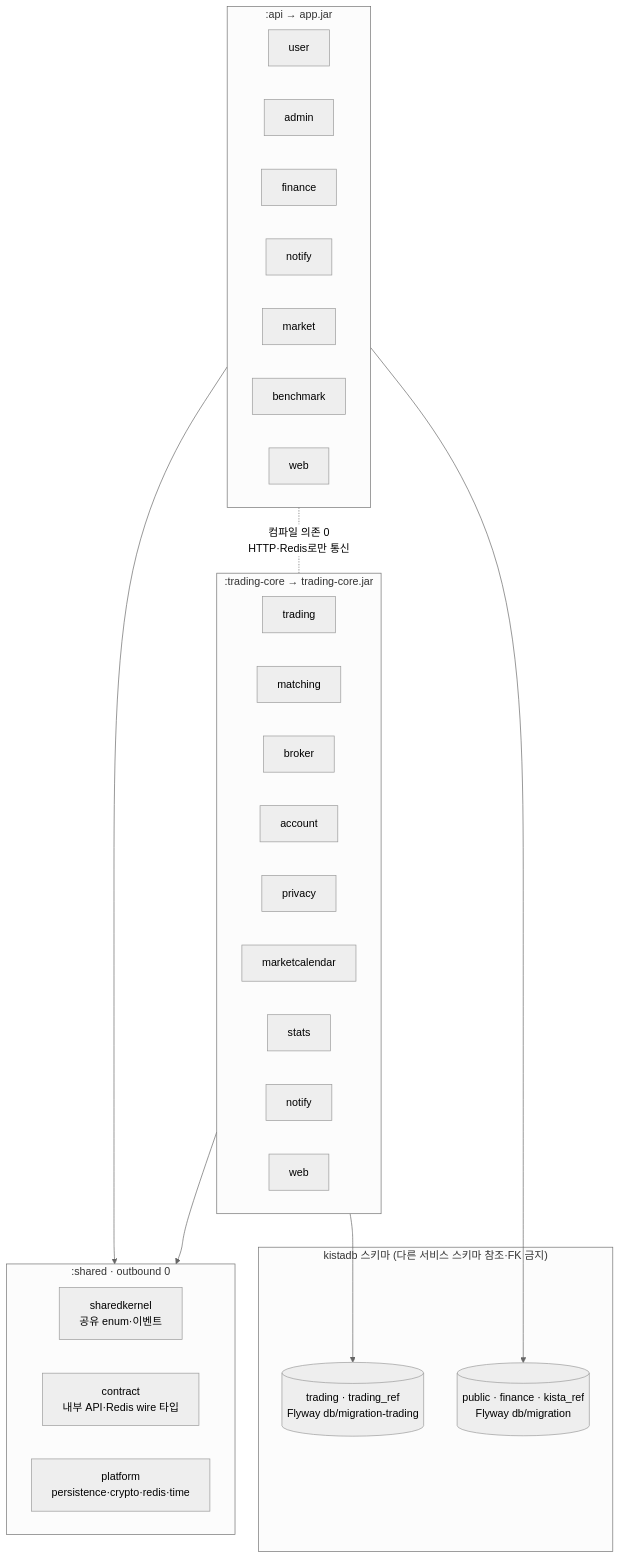
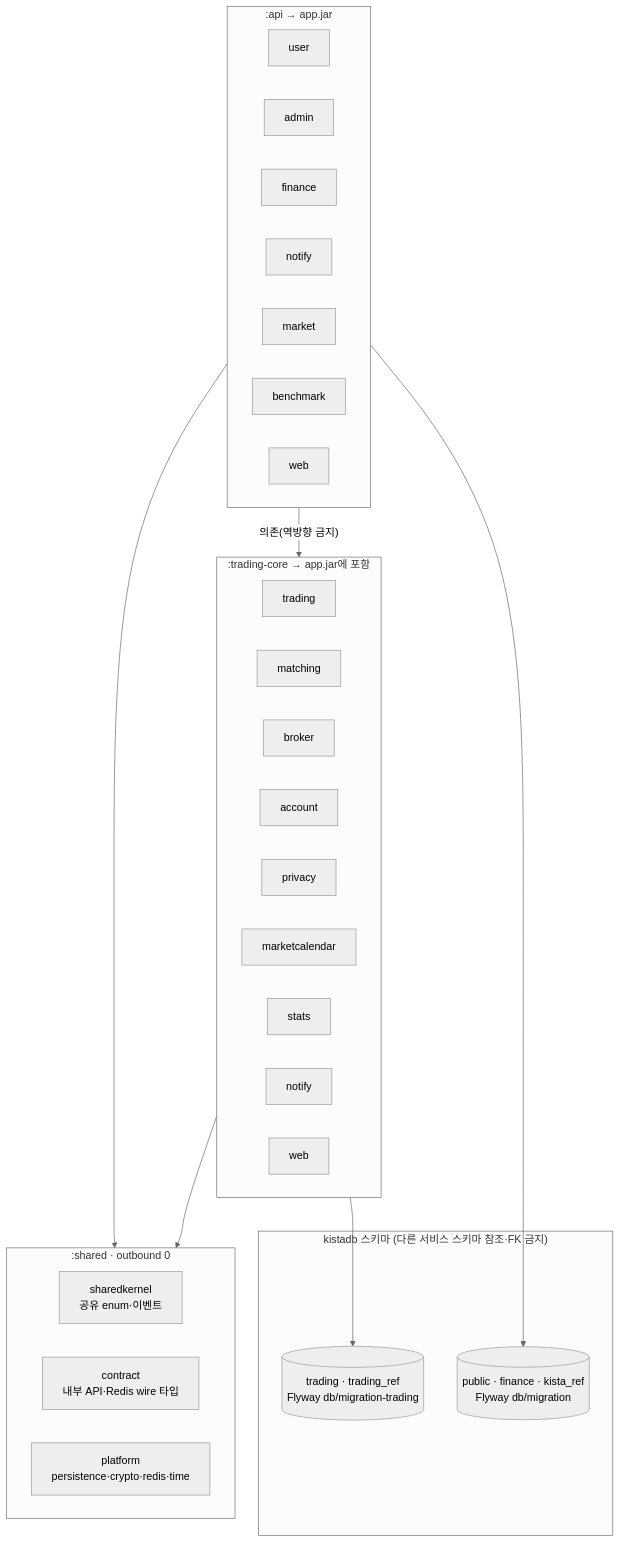
Before and after one commit to narafu/kista-api: the fourth of 5 diagrams in docs/architecture-map.md, drawn with Mermaid (neutral theme). The commit also changed other lines of this file and 20 other files, not shown here.

````diff
--- a/docs/architecture-map.md
+++ b/docs/architecture-map.md
@@ -157,28 +151,28 @@
 ```mermaid
 flowchart TB
     subgraph shared[":shared · outbound 0"]
         sk["sharedkernel<br/>공유 enum·이벤트"]
         ct["contract<br/>내부 API·Redis wire 타입"]
         pf["platform<br/>persistence·crypto·redis·time"]
     end
 
     subgraph api[":api → app.jar"]
         user; admin; finance; notify; market; benchmark; web
     end
 
-    subgraph tc[":trading-core → trading-core.jar"]
+    subgraph tc[":trading-core → app.jar에 포함"]
         trading; matching; broker; account; privacy
         marketcalendar; stats; notify_t["notify"]; web_t["web"]
     end
 
     api --> shared
     tc --> shared
-    api -. "컴파일 의존 0<br/>HTTP·Redis로만 통신" .- tc
+    api -->|"의존(역방향 금지)"| tc
 
     subgraph db["kistadb 스키마 (다른 서비스 스키마 참조·FK 금지)"]
         s1[("public · finance · kista_ref<br/>Flyway db/migration")]
         s2[("trading · trading_ref<br/>Flyway db/migration-trading")]
     end
     api --> s1
     tc --> s2
 ```
````
